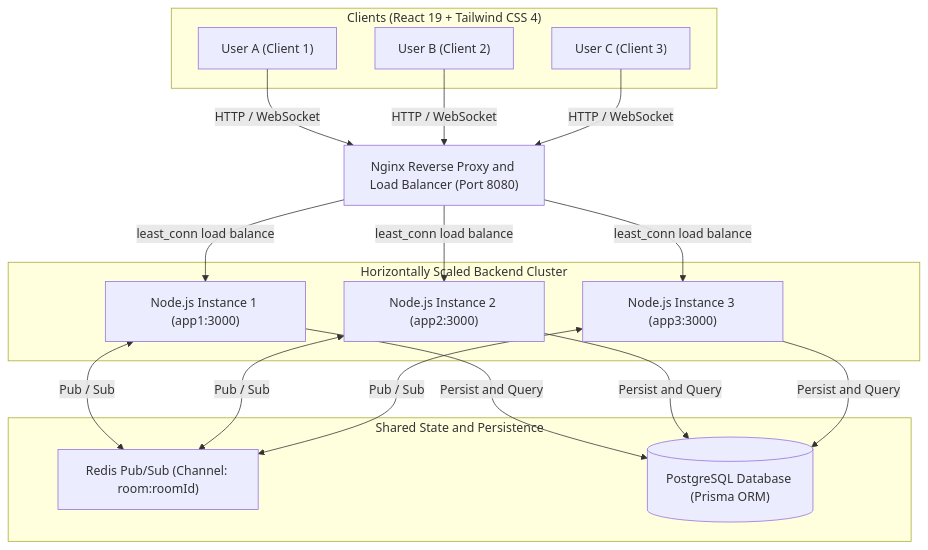
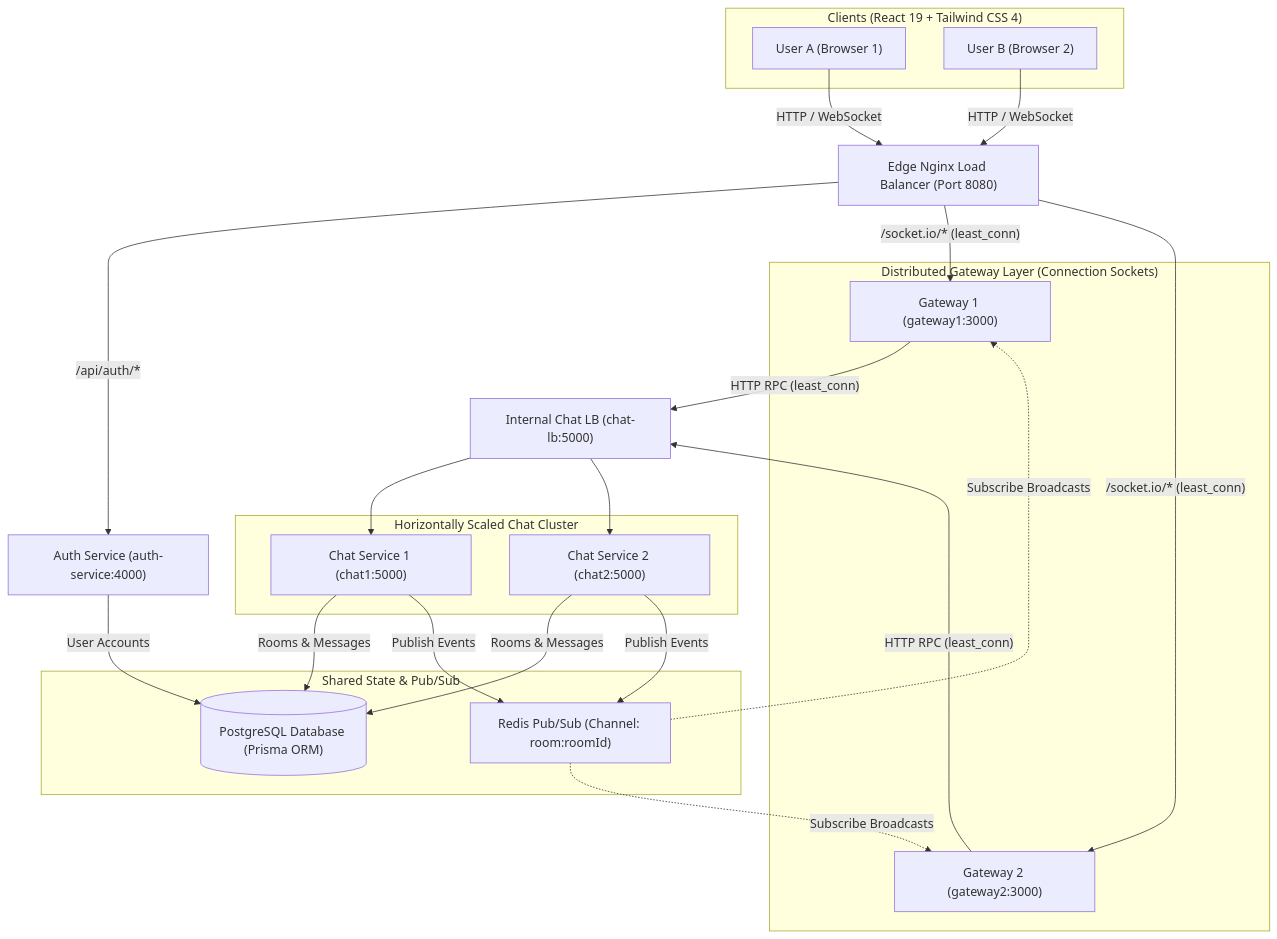
The diagram in README.md (ahmdsam-netizen/chat-distributed-system), drawn with Mermaid before and after one commit. The commit also changed other lines of this file and 33 other files, not shown here.

````diff
--- a/README.md
+++ b/README.md
@@ -28,37 +35,50 @@
 ```mermaid
 flowchart TD
     subgraph Clients["Clients (React 19 + Tailwind CSS 4)"]
-        UserA["User A (Client 1)"]
-        UserB["User B (Client 2)"]
-        UserC["User C (Client 3)"]
+        UserA["User A (Browser 1)"]
+        UserB["User B (Browser 2)"]
     end
 
-    Nginx["Nginx Reverse Proxy and Load Balancer (Port 8080)"]
+    EdgeNginx["Edge Nginx Load Balancer (Port 8080)"]
 
-    subgraph BackendCluster["Horizontally Scaled Backend Cluster"]
-        Node1["Node.js Instance 1 (app1:3000)"]
-        Node2["Node.js Instance 2 (app2:3000)"]
-        Node3["Node.js Instance 3 (app3:3000)"]
+    subgraph Gateways["Distributed Gateway Layer (Connection Sockets)"]
+        GW1["Gateway 1 (gateway1:3000)"]
+        GW2["Gateway 2 (gateway2:3000)"]
     end
 
-    subgraph Infrastructure["Shared State and Persistence"]
+    AuthSvc["Auth Service (auth-service:4000)"]
+    ChatLB["Internal Chat LB (chat-lb:5000)"]
+
+    subgraph ChatCluster["Horizontally Scaled Chat Cluster"]
+        Chat1["Chat Service 1 (chat1:5000)"]
+        Chat2["Chat Service 2 (chat2:5000)"]
+    end
+
+    subgraph Infrastructure["Shared State & Pub/Sub"]
         Redis["Redis Pub/Sub (Channel: room:roomId)"]
         Postgres[("PostgreSQL Database (Prisma ORM)")]
     end
 
-    UserA -->|"HTTP / WebSocket"| Nginx
-    UserB -->|"HTTP / WebSocket"| Nginx
-    UserC -->|"HTTP / WebSocket"| Nginx
+    UserA -->|"HTTP / WebSocket"| EdgeNginx
+    UserB -->|"HTTP / WebSocket"| EdgeNginx
 
-    Nginx -->|"least_conn load balance"| Node1
-    Nginx -->|"least_conn load balance"| Node2
-    Nginx -->|"least_conn load balance"| Node3
+    EdgeNginx -->|"/api/auth/*"| AuthSvc
+    EdgeNginx -->|"/socket.io/* (least_conn)"| GW1
+    EdgeNginx -->|"/socket.io/* (least_conn)"| GW2
 
-    Node1 <-->|"Pub / Sub"| Redis
-    Node2 <-->|"Pub / Sub"| Redis
-    Node3 <-->|"Pub / Sub"| Redis
+    GW1 -->|"HTTP RPC (least_conn)"| ChatLB
+    GW2 -->|"HTTP RPC (least_conn)"| ChatLB
 
-    Node1 -->|"Persist and Query"| Postgres
-    Node2 -->|"Persist and Query"| Postgres
-    Node3 -->|"Persist and Query"| Postgres
+    ChatLB --> Chat1
+    ChatLB --> Chat2
+
+    AuthSvc -->|"User Accounts"| Postgres
+    Chat1 -->|"Rooms & Messages"| Postgres
+    Chat2 -->|"Rooms & Messages"| Postgres
+
+    Chat1 -->|"Publish Events"| Redis
+    Chat2 -->|"Publish Events"| Redis
+
+    Redis -.->|"Subscribe Broadcasts"| GW1
+    Redis -.->|"Subscribe Broadcasts"| GW2
 ```
````
